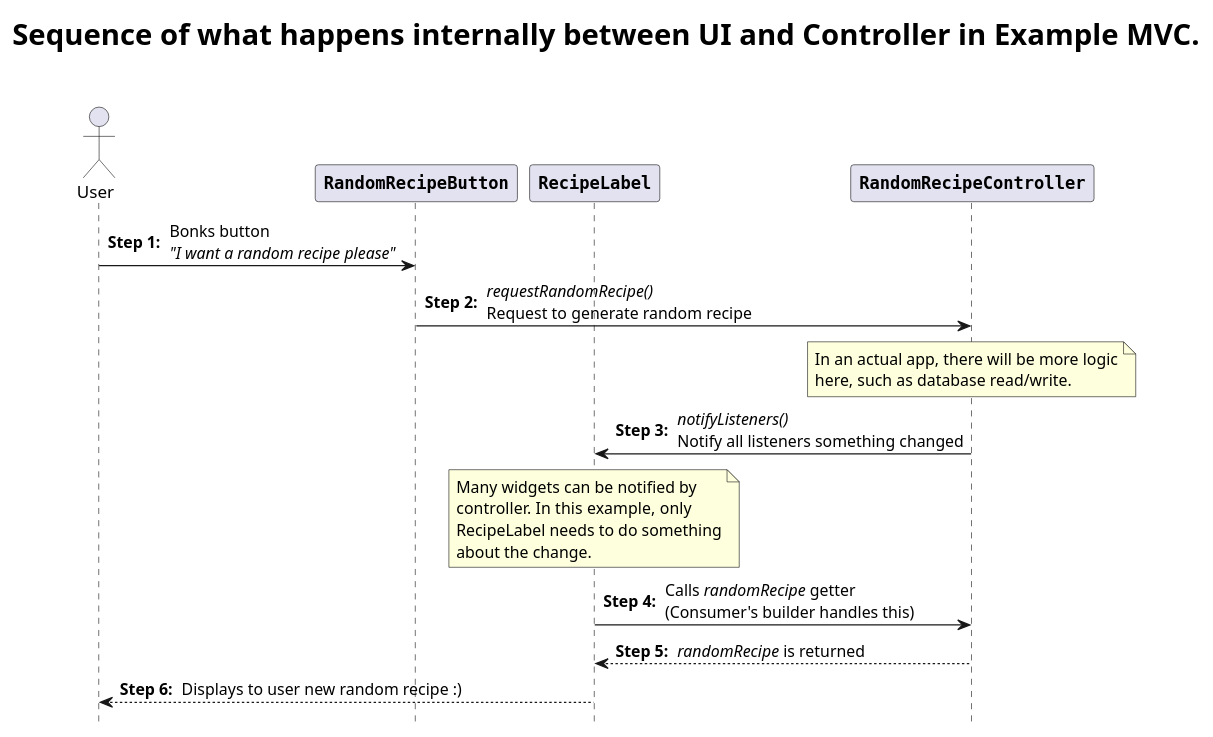
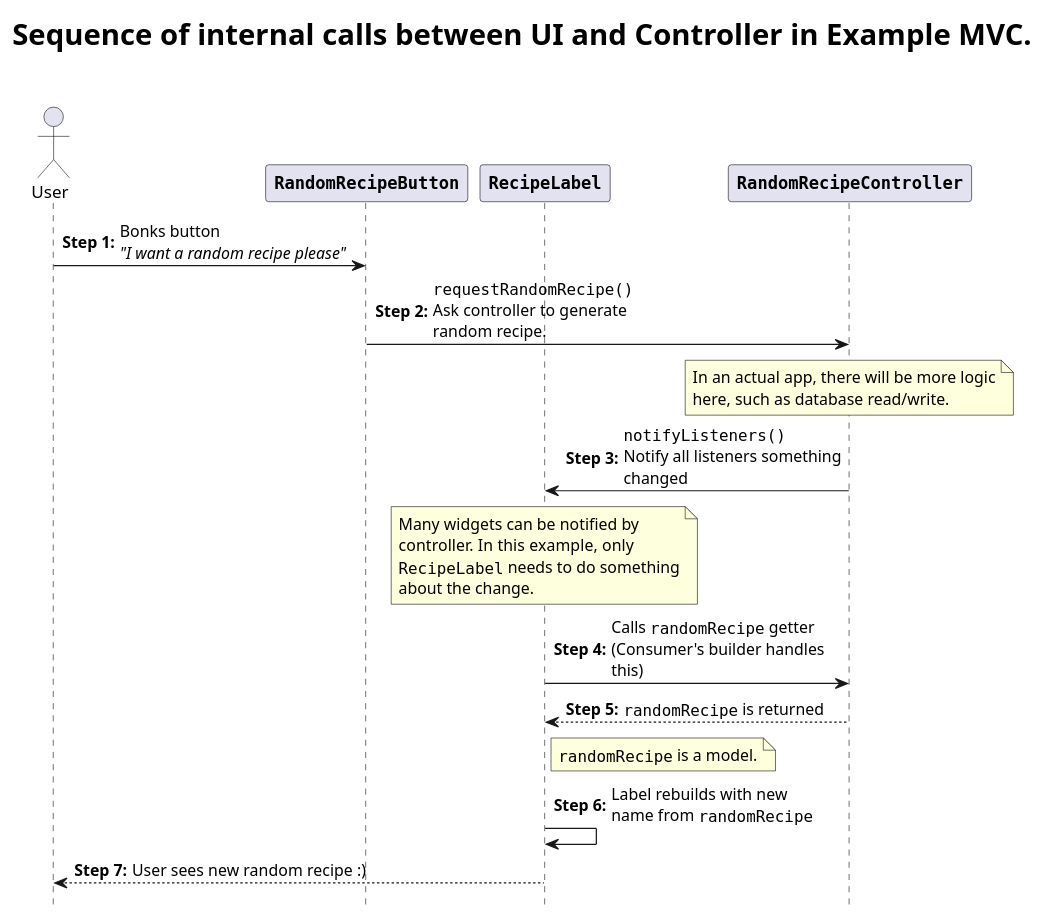
The diagram in lib/playground/example_mvc/sequence_diagram.puml (cervonwong/mint), drawn with PlantUML before and after one commit. The commit also changed 1 other file, not shown here.

Commit message:
Improve phrasing and formatting for diagrams for example MVC

```diff
--- a/lib/playground/example_mvc/sequence_diagram.puml
+++ b/lib/playground/example_mvc/sequence_diagram.puml
@@ -1,27 +1,30 @@
 @startuml
 autonumber "<b>Step 0: "
 hide footbox
+skinparam maxMessageSize 200
 skinparam titleFontSize 24
 skinparam participantFontName Monospaced
 skinparam participantFontStyle bold
 
-title Sequence of what happens internally between UI and Controller in Example MVC.\n
+title Sequence of internal calls between UI and Controller in Example MVC.\n
 
 actor User
 participant "RandomRecipeButton" as button
 participant "RecipeLabel" as label
 participant "RandomRecipeController" as controller
 
 User -> button: Bonks button\n<i>"I want a random recipe please"
-button -> controller : <i>requestRandomRecipe()</i>\nRequest to generate random recipe
+button -> controller : ""requestRandomRecipe()""\nAsk controller to generate random recipe.
 
-note over controller: In an actual app, there will be more logic\nhere, such as database read/write.
+note over controller : In an actual app, there will be more logic\nhere, such as database read/write.
 
-controller -> label  : <i>notifyListeners()</i>\nNotify all listeners something changed
+controller -> label : ""notifyListeners()""\nNotify all listeners something changed
+note over label: Many widgets can be notified by\ncontroller. In this example, only\n""RecipeLabel"" needs to do something\nabout the change.
 
-note over label: Many widgets can be notified by\ncontroller. In this example, only\nRecipeLabel needs to do something\nabout the change.
+label -> controller : Calls ""randomRecipe"" getter\n(Consumer's builder handles this)
+controller --> label : ""randomRecipe"" is returned
+note right of label: ""randomRecipe"" is a model.
 
-label -> controller  : Calls <i>randomRecipe</i> getter\n(Consumer's builder handles this)
-controller --> label : <i>randomRecipe</i> is returned
-label --> User       : Displays to user new random recipe :)
+label -> label : Label rebuilds with new\nname from ""randomRecipe""
+label --> User : User sees new random recipe :)
 @enduml
```
